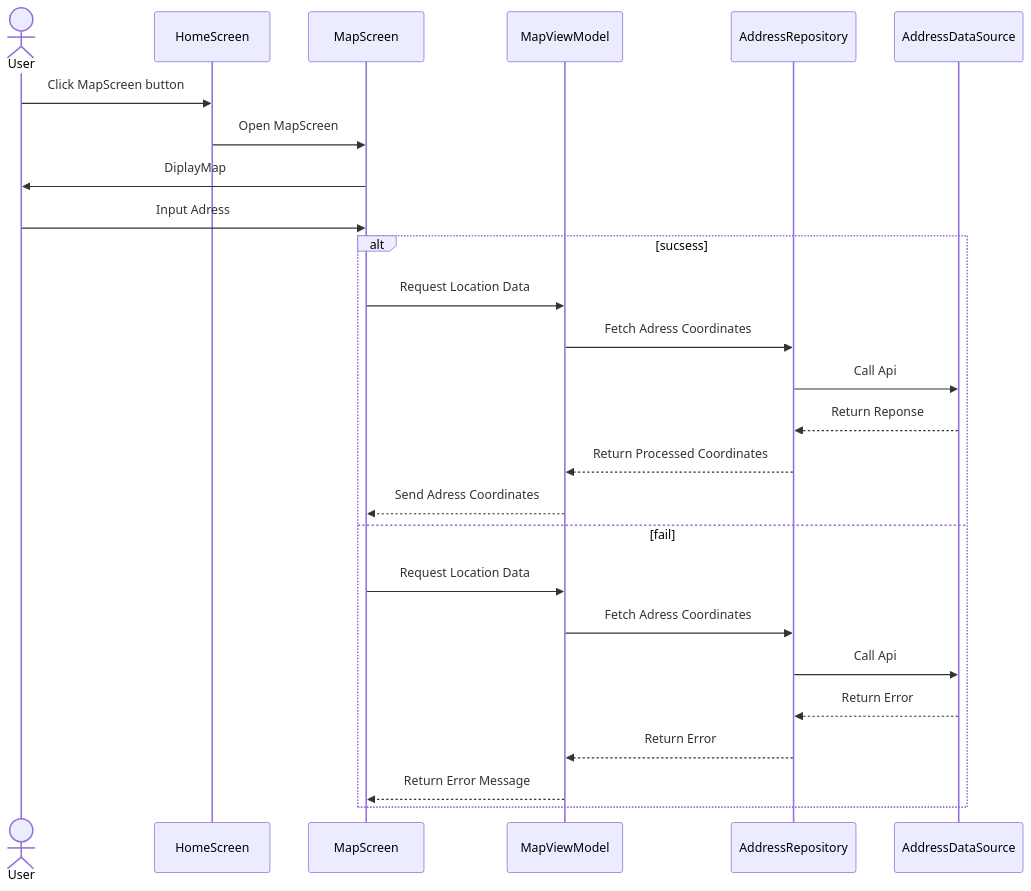
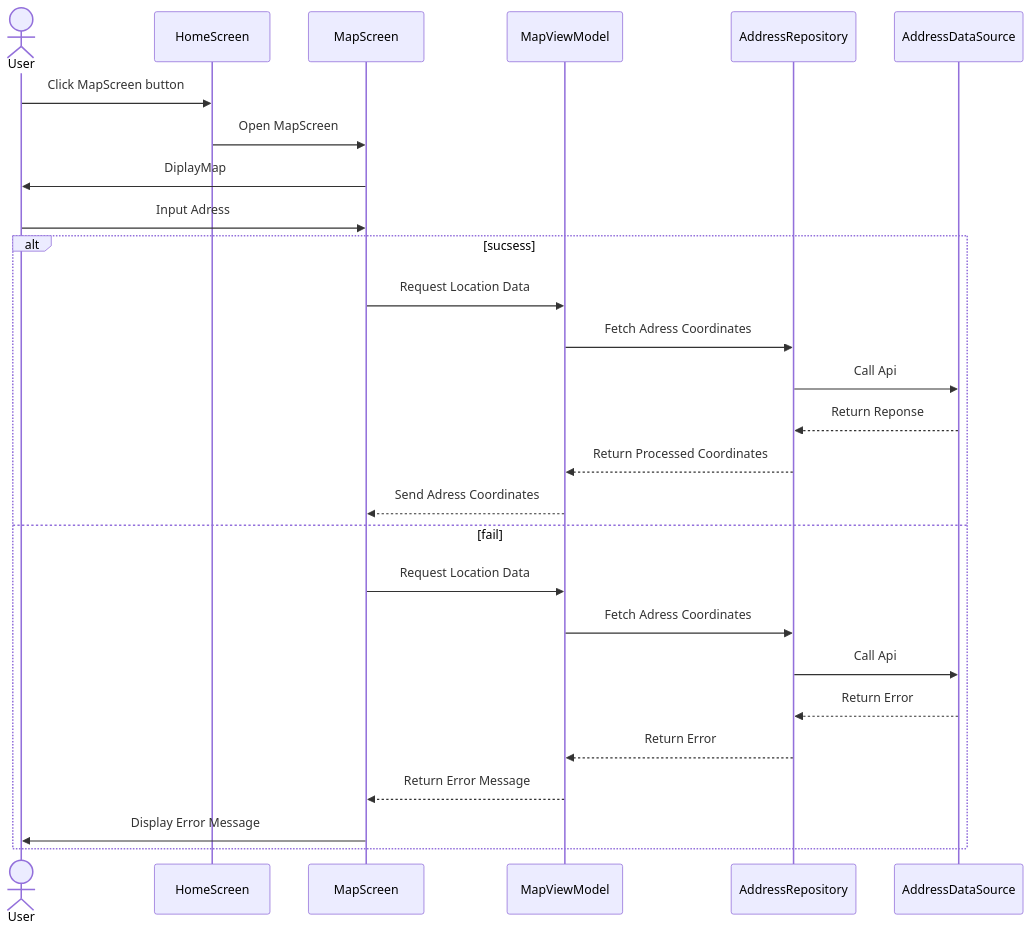
One commit to jalya001/Solar-panel-Optimized-Living changed the first of 2 diagrams in Diagrams/Usecase.md. Above: the diagram before and after it, drawn with Mermaid.

````diff
--- a/Diagrams/Usecase.md
+++ b/Diagrams/Usecase.md
@@ -2,36 +2,37 @@
 ```mermaid
     sequenceDiagram
 
     actor User
     participant HomeScreen
     participant MapScreen
     participant MapViewModel
     participant AddressRepository
     participant AddressDataSource
 
     User ->> HomeScreen: Click MapScreen button
     HomeScreen ->> MapScreen: Open MapScreen
     MapScreen ->> User: DiplayMap 
 
     User ->> MapScreen : Input Adress
     alt sucsess
         MapScreen ->> MapViewModel: Request Location Data
         MapViewModel ->> AddressRepository: Fetch Adress Coordinates
         AddressRepository ->> AddressDataSource: Call Api
         AddressDataSource -->> AddressRepository: Return Reponse
         AddressRepository -->> MapViewModel: Return Processed Coordinates
         MapViewModel -->> MapScreen : Send Adress Coordinates
         
     else fail 
         MapScreen ->> MapViewModel: Request Location Data
         MapViewModel ->> AddressRepository: Fetch Adress Coordinates
         AddressRepository ->> AddressDataSource: Call Api
         AddressDataSource -->> AddressRepository: Return Error
         AddressRepository -->> MapViewModel: Return Error
         MapViewModel -->> MapScreen : Return Error Message
+        MapScreen ->> User: Display Error Message
 
     end
 
     
     
 ```
````
